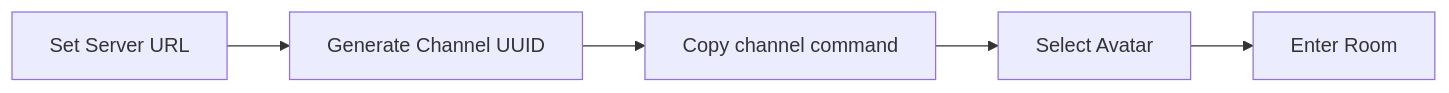
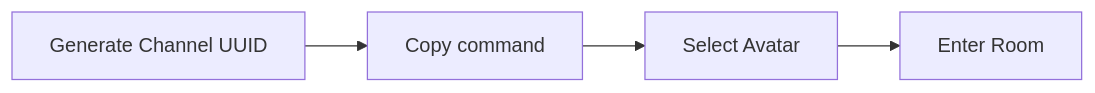
The second of 5 diagrams in README.md (nskit-io/nvatar-code-assist), drawn with Mermaid before and after one commit. The commit also changed other lines of this file, not shown here.

````diff
--- a/README.md
+++ b/README.md
@@ -80,7 +53,6 @@
 ```mermaid
 flowchart LR
-    A[Set Server URL] --> B[Generate Channel UUID]
-    B --> C[Copy channel command]
-    C --> D[Select Avatar]
-    D --> E[Enter Room]
+    A[Generate Channel UUID] --> B[Copy command]
+    B --> C[Select Avatar]
+    C --> D[Enter Room]
 ```
````
